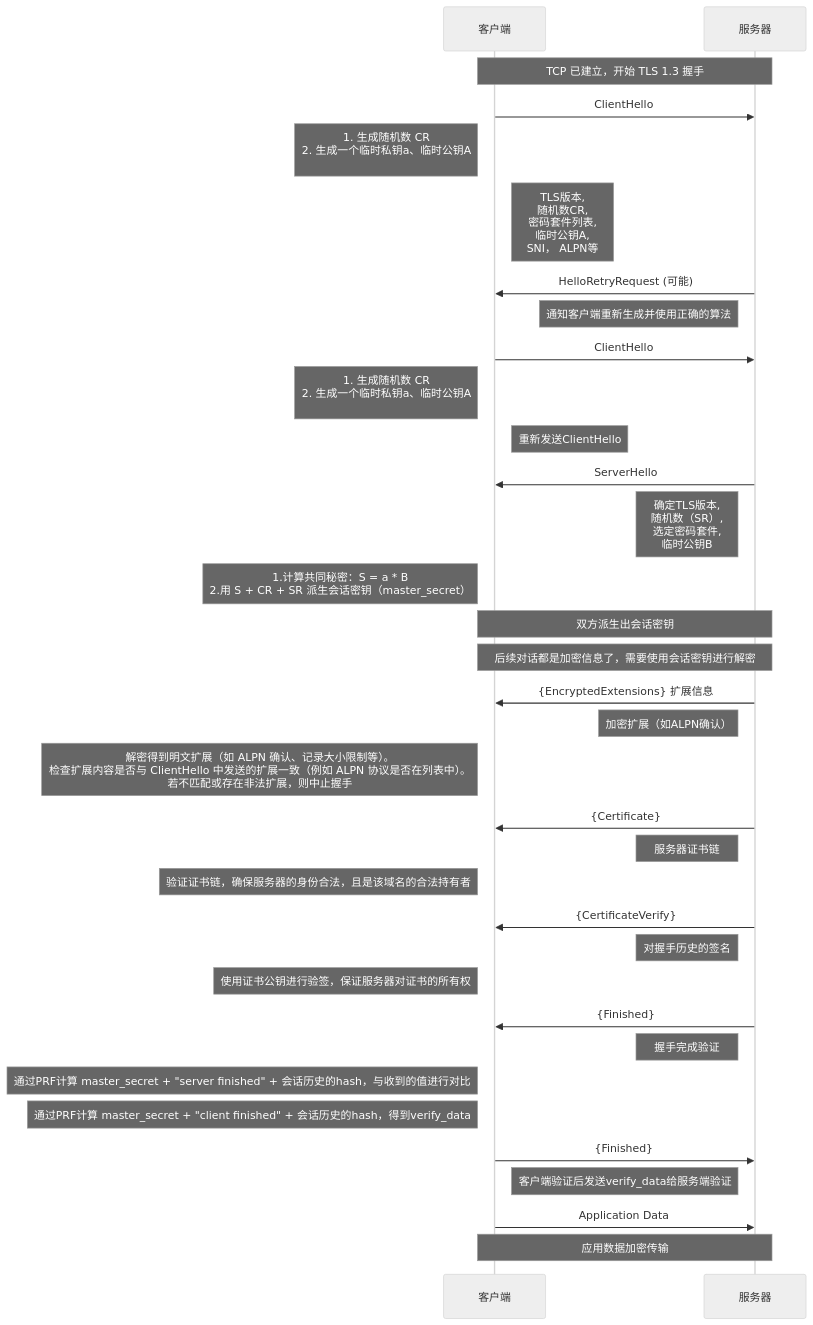
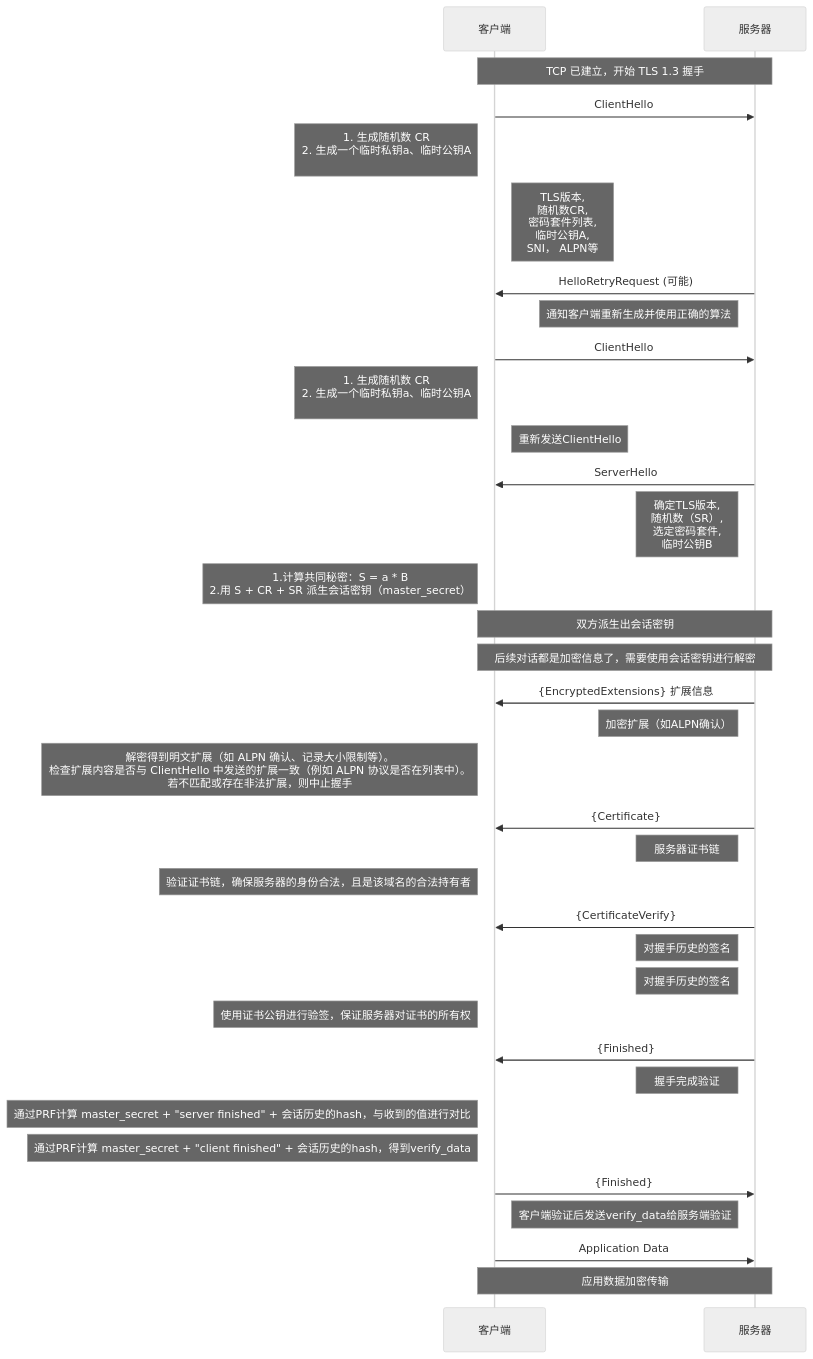
Before and after one commit to HY-10-8/iodraw-files: the diagram in all/TLS-1.3-通用（全）.md, drawn with Mermaid (neutral theme).

Commit message:
2026-03-31 10:12:14 update

````diff
--- a/all/TLS-1.3-通用（全）.md
+++ b/all/TLS-1.3-通用（全）.md
@@ -1,48 +1,49 @@
 ```mermaid
 sequenceDiagram
     participant C as 客户端
     participant S as 服务器
 
     Note over C,S: TCP 已建立，开始 TLS 1.3 握手
 
     C->>S: ClientHello
     Note left of C: 1. 生成随机数 CR<br/> 2. 生成一个临时私钥a、临时公钥A<br/>
     Note right of C: TLS版本,<br/> 随机数CR,<br/> 密码套件列表,<br/> 临时公钥A,<br/> SNI， ALPN等
 
     S->>C: HelloRetryRequest (可能)
     Note left of S: 通知客户端重新生成并使用正确的算法
 
     C->>S: ClientHello
     Note left of C: 1. 生成随机数 CR<br/> 2. 生成一个临时私钥a、临时公钥A<br/>
     Note right of C: 重新发送ClientHello
 
     S->>C: ServerHello
     Note left of S: 确定TLS版本, <br/>随机数（SR）,<br/> 选定密码套件, <br/>临时公钥B
     Note left of C: 1.计算共同秘密：S = a * B<br/> 2.用 S + CR + SR 派生会话密钥（master_secret）
 
     Note over C,S: 双方派生出会话密钥
     Note over C,S: 后续对话都是加密信息了，需要使用会话密钥进行解密
 
     S->>C: {EncryptedExtensions} 扩展信息
     Note left of S: 加密扩展（如ALPN确认）
     Note left of C: 解密得到明文扩展（如 ALPN 确认、记录大小限制等）。<br/>检查扩展内容是否与 ClientHello 中发送的扩展一致（例如 ALPN 协议是否在列表中）。<br/> 若不匹配或存在非法扩展，则中止握手
 
     S->>C: {Certificate}
     Note left of S: 服务器证书链
     Note left of C: 验证证书链，确保服务器的身份合法，且是该域名的合法持有者
 
     S->>C: {CertificateVerify}
     Note left of S: 对握手历史的签名
+    Note left of S: 对握手历史的签名
     Note left of C: 使用证书公钥进行验签，保证服务器对证书的所有权
 
     S->>C: {Finished}
     Note left of S: 握手完成验证
     Note left of C: 通过PRF计算 master_secret + "server finished" + 会话历史的hash，与收到的值进行对比
     Note left of C: 通过PRF计算 master_secret + "client finished" + 会话历史的hash，得到verify_data
 
     C->>S: {Finished}
     Note right of C: 客户端验证后发送verify_data给服务端验证
 
     C->>S: Application Data
     Note over C,S: 应用数据加密传输
 ```
````
